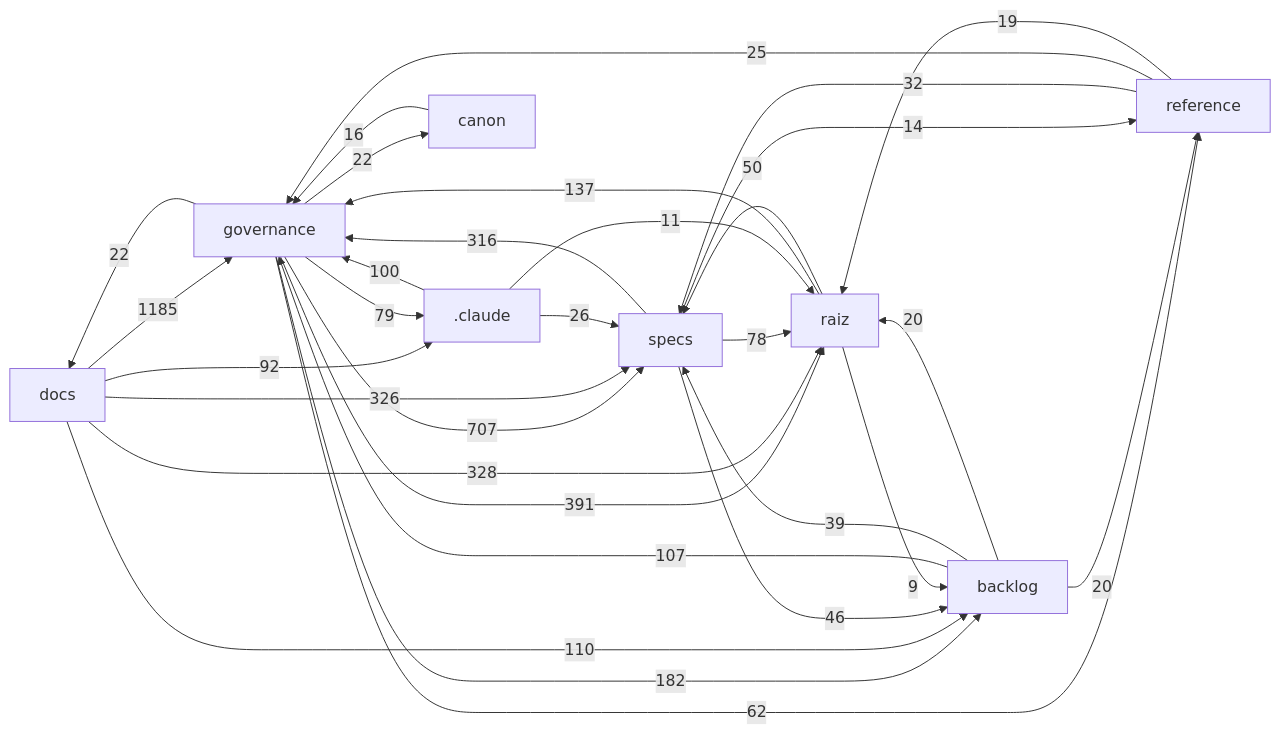
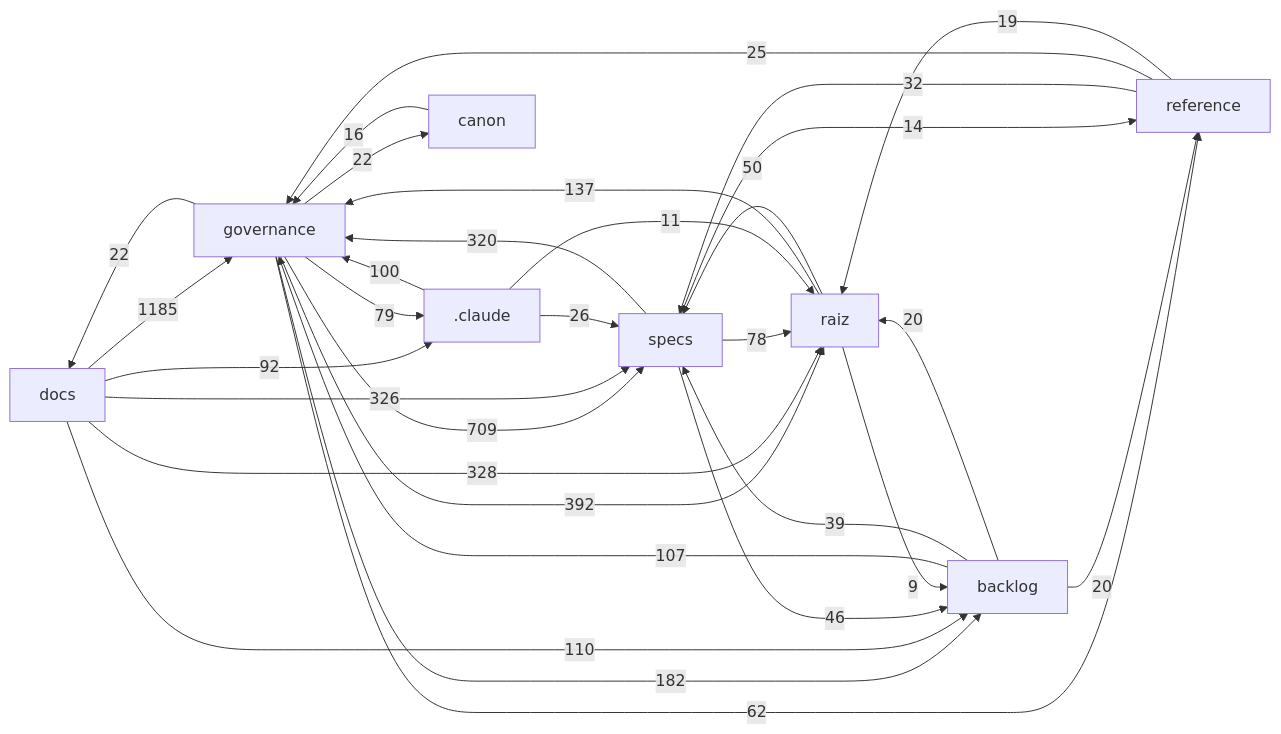
One commit to Andraus35/Sistema-Operacional-de-Trading--SOT changed the diagram in docs/mapa/MAPA-PROJETO.md. Above: the diagram before and after it, drawn with Mermaid. The commit also changed other lines of this file and 4 other files, not shown here.

````diff
--- a/docs/mapa/MAPA-PROJETO.md
+++ b/docs/mapa/MAPA-PROJETO.md
@@ -29,33 +29,33 @@
 ```mermaid
 flowchart LR
   docs["docs"] -->|1185| governance["governance"]
-  governance["governance"] -->|707| specs["specs"]
-  governance["governance"] -->|391| raiz["raiz"]
+  governance["governance"] -->|709| specs["specs"]
+  governance["governance"] -->|392| raiz["raiz"]
   docs["docs"] -->|328| raiz["raiz"]
   docs["docs"] -->|326| specs["specs"]
-  specs["specs"] -->|316| governance["governance"]
+  specs["specs"] -->|320| governance["governance"]
   governance["governance"] -->|182| backlog["backlog"]
   raiz["raiz"] -->|137| governance["governance"]
   docs["docs"] -->|110| backlog["backlog"]
   backlog["backlog"] -->|107| governance["governance"]
   _claude[".claude"] -->|100| governance["governance"]
   docs["docs"] -->|92| _claude[".claude"]
   governance["governance"] -->|79| _claude[".claude"]
   specs["specs"] -->|78| raiz["raiz"]
   governance["governance"] -->|62| reference["reference"]
   raiz["raiz"] -->|50| specs["specs"]
   specs["specs"] -->|46| backlog["backlog"]
   backlog["backlog"] -->|39| specs["specs"]
   reference["reference"] -->|32| specs["specs"]
   _claude[".claude"] -->|26| specs["specs"]
   reference["reference"] -->|25| governance["governance"]
   governance["governance"] -->|22| docs["docs"]
   governance["governance"] -->|22| canon["canon"]
   backlog["backlog"] -->|20| raiz["raiz"]
   backlog["backlog"] -->|20| reference["reference"]
   reference["reference"] -->|19| raiz["raiz"]
   canon["canon"] -->|16| governance["governance"]
   specs["specs"] -->|14| reference["reference"]
   _claude[".claude"] -->|11| raiz["raiz"]
   raiz["raiz"] -->|9| backlog["backlog"]
 ```
````
